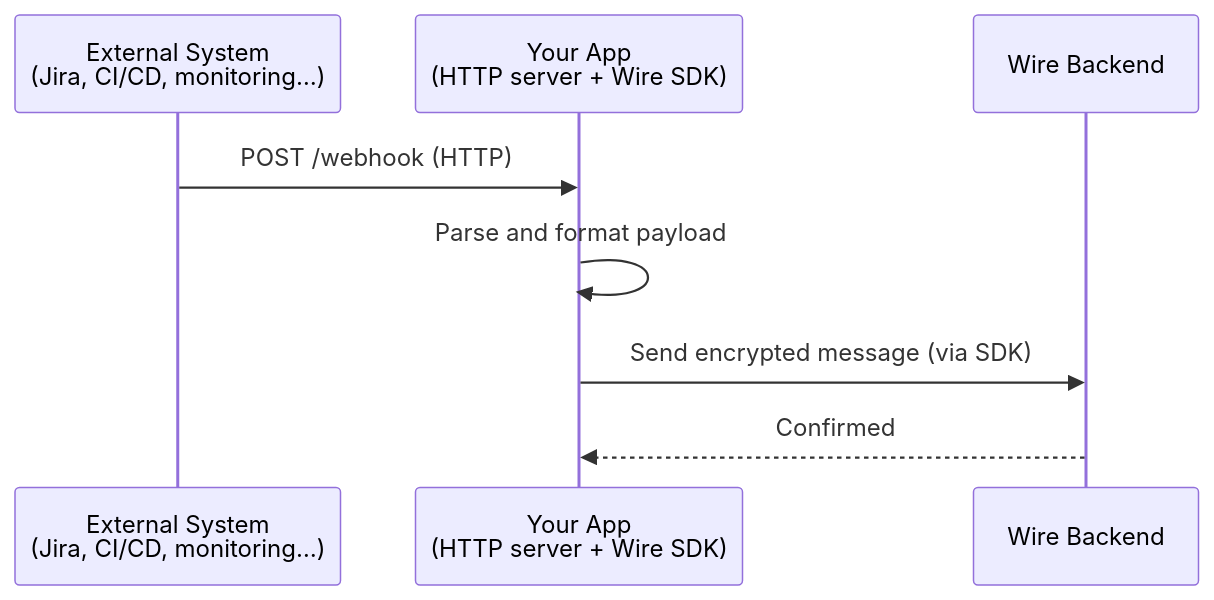
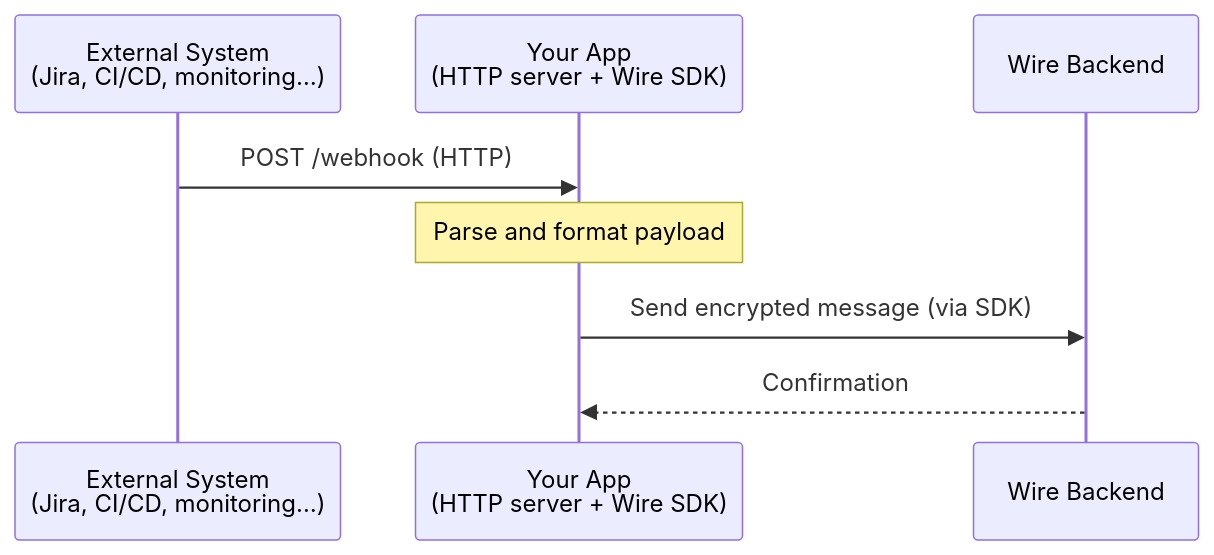
Before and after one commit to wireapp/integration-docs: the first of 4 diagrams in docs/001-webhook.mdx, drawn with Mermaid. The commit also changed other lines of this file and 1 other file, not shown here.

````diff
--- a/docs/001-webhook.mdx
+++ b/docs/001-webhook.mdx
@@ -27,11 +27,11 @@
 ```mermaid
 sequenceDiagram
     participant Ext as External System<br/>(Jira, CI/CD, monitoring…)
     participant App as Your App<br/>(HTTP server + Wire SDK)
     participant Wire as Wire Backend
 
     Ext->>App: POST /webhook (HTTP)
-    App->>App: Parse and format payload
+    Note over App: Parse and format payload
     App->>Wire: Send encrypted message (via SDK)
-    Wire-->>App: Confirmed
+    Wire-->>App: Confirmation
 ```
````
